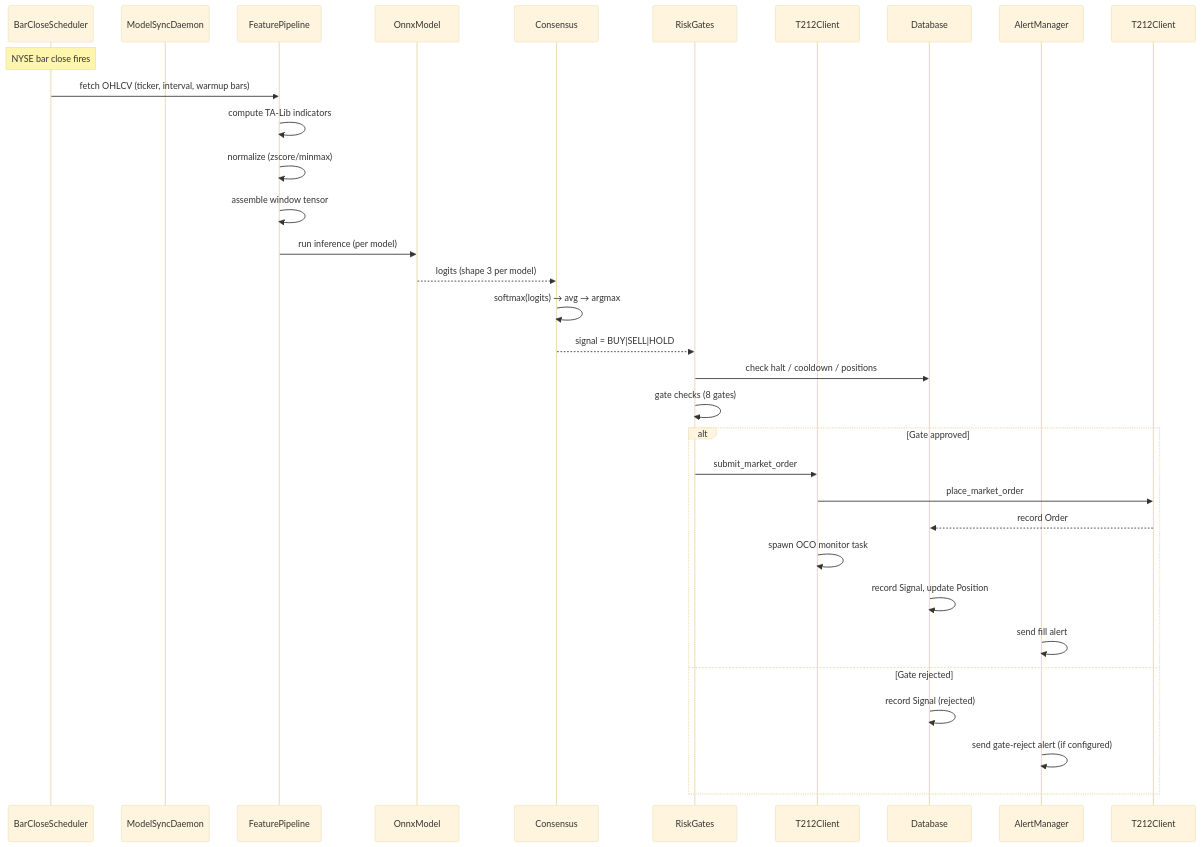
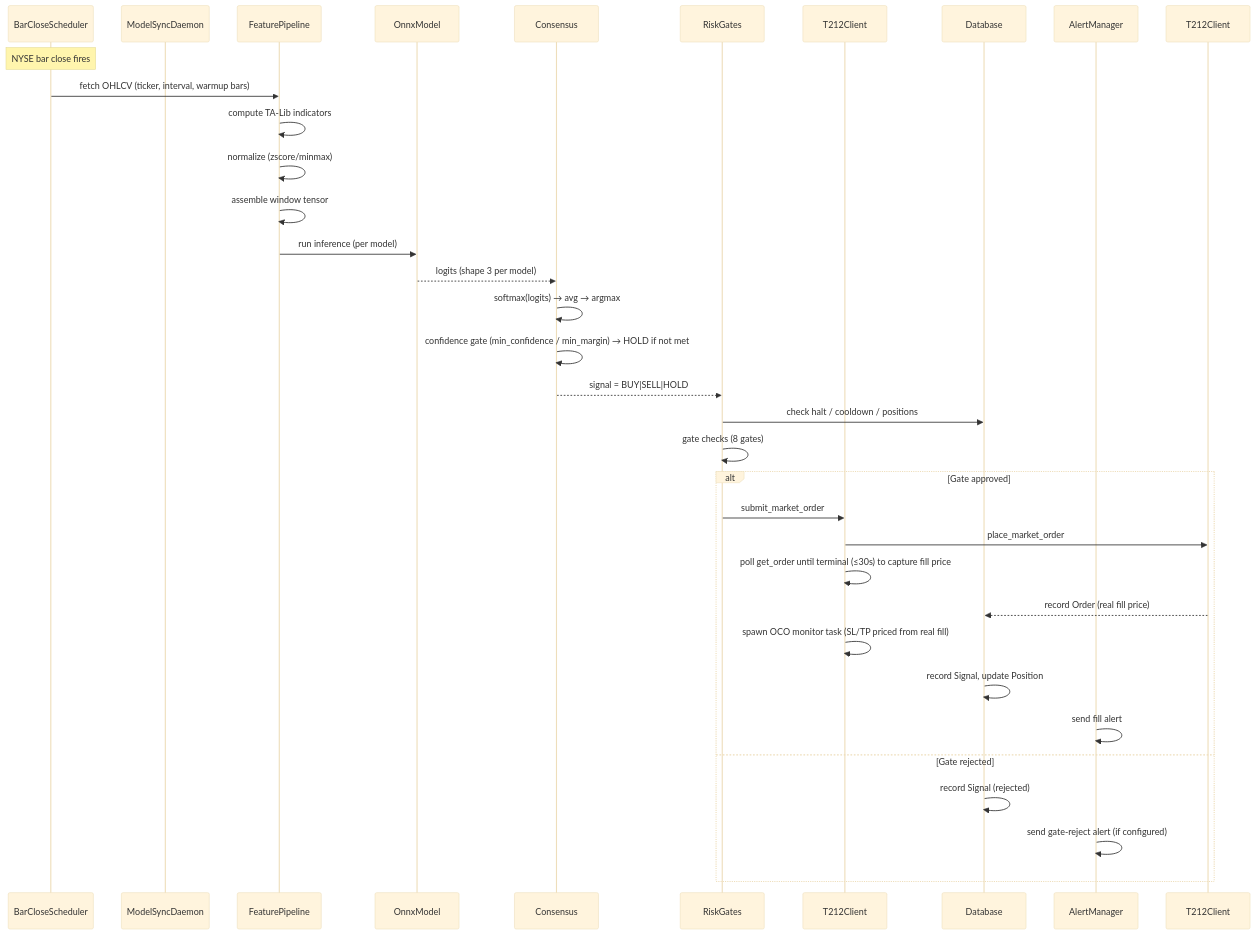
The first of 2 diagrams in services/alphaTrade/Architecture.md (Preeth2000/alphaDocs), drawn with Mermaid (base theme) before and after one commit. The commit also changed other lines of this file, not shown here.

First line of the commit message:
docs(alphaTrade): update Architecture.md for security/consensus/fill/perf changes

````diff
--- a/services/alphaTrade/Architecture.md
+++ b/services/alphaTrade/Architecture.md
@@ -44,35 +44,37 @@
 ```mermaid
 sequenceDiagram
     participant SCHED as BarCloseScheduler
     participant SYNC as ModelSyncDaemon
     participant FEAT as FeaturePipeline
     participant INF as OnnxModel
     participant CONS as Consensus
     participant RISK as RiskGates
     participant BROKER as T212Client
     participant DB as Database
     participant NOTIFY as AlertManager
 
     Note over SCHED: NYSE bar close fires
     SCHED->>FEAT: fetch OHLCV (ticker, interval, warmup bars)
     FEAT->>FEAT: compute TA-Lib indicators
     FEAT->>FEAT: normalize (zscore/minmax)
     FEAT->>FEAT: assemble window tensor
     FEAT->>INF: run inference (per model)
     INF-->>CONS: logits (shape 3 per model)
     CONS->>CONS: softmax(logits) → avg → argmax
+    CONS->>CONS: confidence gate (min_confidence / min_margin) → HOLD if not met
     CONS-->>RISK: signal = BUY|SELL|HOLD
     RISK->>DB: check halt / cooldown / positions
     RISK->>RISK: gate checks (8 gates)
     alt Gate approved
         RISK->>BROKER: submit_market_order
         BROKER->>T212Client: place_market_order
-        T212Client-->>DB: record Order
-        BROKER->>BROKER: spawn OCO monitor task
+        BROKER->>BROKER: poll get_order until terminal (≤30s) to capture fill price
+        T212Client-->>DB: record Order (real fill price)
+        BROKER->>BROKER: spawn OCO monitor task (SL/TP priced from real fill)
         DB->>DB: record Signal, update Position
         NOTIFY->>NOTIFY: send fill alert
     else Gate rejected
         DB->>DB: record Signal (rejected)
         NOTIFY->>NOTIFY: send gate-reject alert (if configured)
     end
 ```
````
